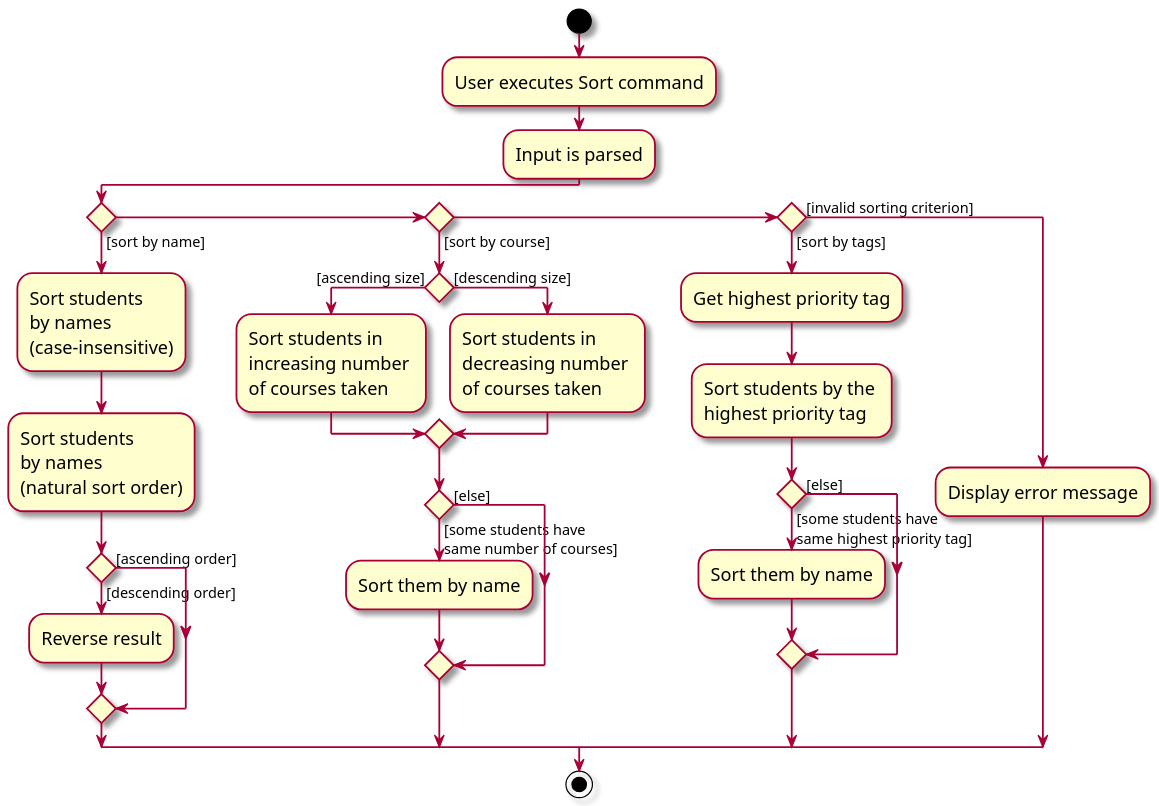
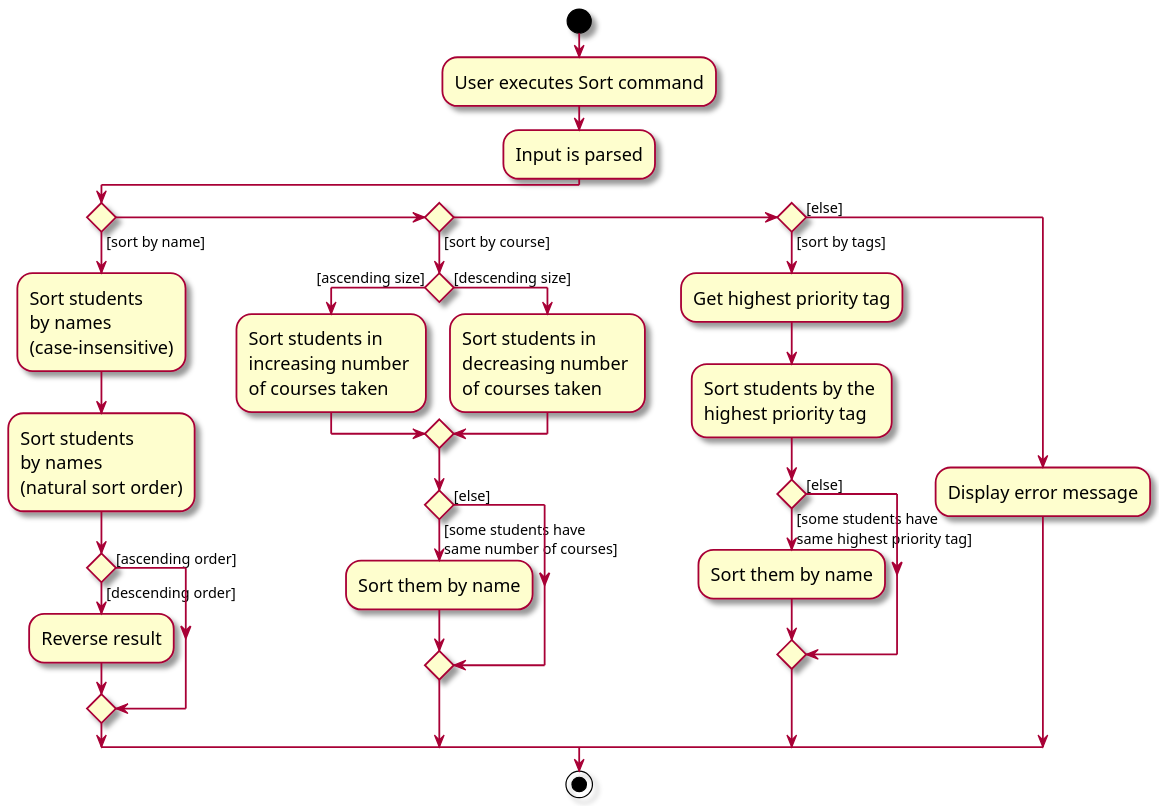
The diagram in docs/diagrams/SortActivityDiagram.puml (tanteckfang/tp), drawn with PlantUML before and after one commit. The commit also changed 2 other files, not shown here.

Commit message:
Update Sort Activity Diagram

```diff
--- a/docs/diagrams/SortActivityDiagram.puml
+++ b/docs/diagrams/SortActivityDiagram.puml
@@ -1,41 +1,41 @@
 @startuml
 skin rose
 skinparam ActivityFontSize 15
 skinparam ArrowFontSize 12
 scale 1000 width
 scale 1000 height
 
 start
 :User executes Sort command;
 :Input is parsed;
   if () then ([sort by name])
     :Sort students \nby names \n(case-insensitive);
     :Sort students \nby names \n(natural sort order);
     if () then ([descending order])
       :Reverse result;
     else ([ascending order])
     endif
   else if () then ([sort by course])
     if () then ([ascending size])
       :Sort students in \nincreasing number \nof courses taken;
     else ([descending size])
       :Sort students in \ndecreasing number \nof courses taken;
     endif
     if () then ([some students have \nsame number of courses])
       :Sort them by name;
     else ([else])
     endif
   else if () then ([sort by tags])
     :Get highest priority tag;
     :Sort students by the \nhighest priority tag;
      if () then ([some students have \nsame highest priority tag])
        :Sort them by name;
      else ([else])
      endif
-  else ([invalid sorting criterion])
+  else ([else])
     :Display error message;
   endif
 
 
 stop
 @enduml
```
